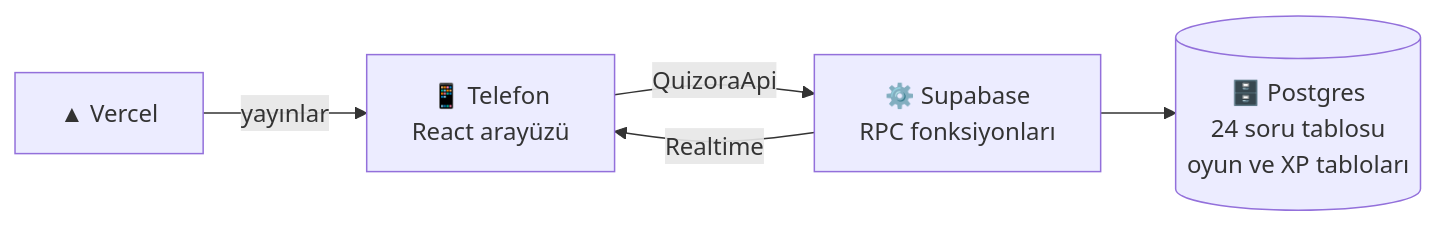
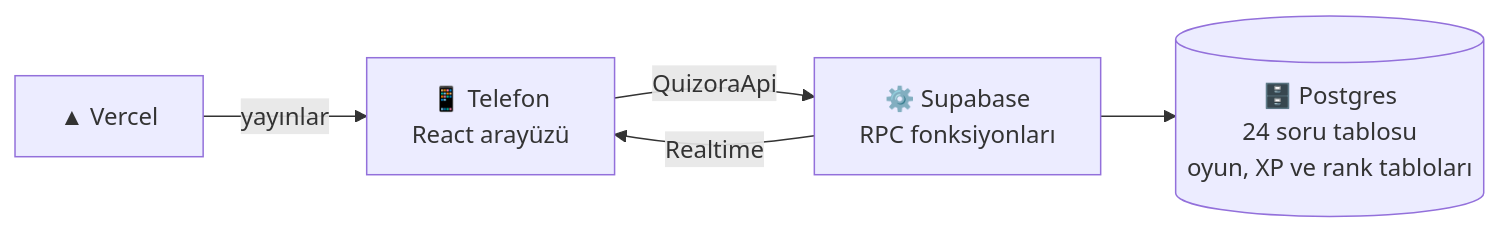
The diagram in README.md (beratvarlik/quizora), drawn with Mermaid before and after one commit. The commit also changed other lines of this file, not shown here.

````diff
--- a/README.md
+++ b/README.md
@@ -119,7 +127,7 @@
 ```mermaid
 flowchart LR
   A["📱 Telefon<br/>React arayüzü"] -- "QuizoraApi" --> B["⚙️ Supabase<br/>RPC fonksiyonları"]
-  B --> C[("🗄️ Postgres<br/>24 soru tablosu<br/>oyun ve XP tabloları")]
+  B --> C[("🗄️ Postgres<br/>24 soru tablosu<br/>oyun, XP ve rank tabloları")]
   B -- "Realtime" --> A
   D["▲ Vercel"] -- "yayınlar" --> A
 ```
````
